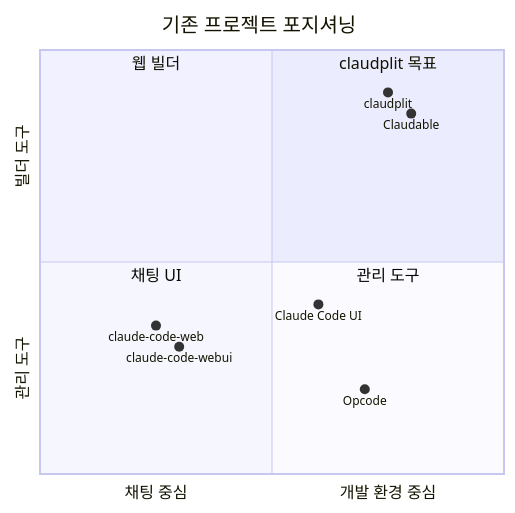
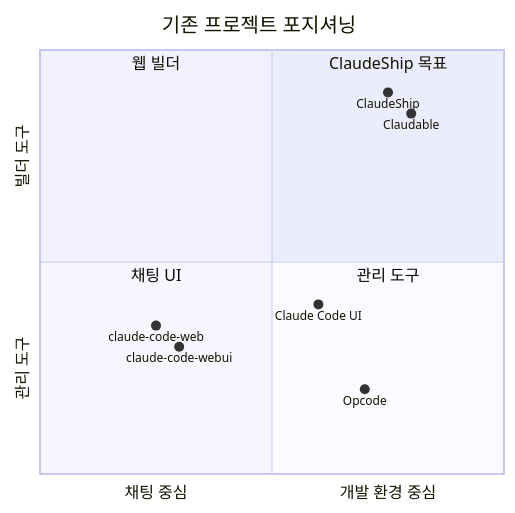
The second of 2 diagrams in design/001-research.md (Nicered/ClaudeShip), drawn with Mermaid before and after one commit. The commit also changed other lines of this file and 38 other files, not shown here.

````diff
--- a/design/001-research.md
+++ b/design/001-research.md
@@ -195,16 +195,16 @@
 ```mermaid
 quadrantChart
     title 기존 프로젝트 포지셔닝
     x-axis 채팅 중심 --> 개발 환경 중심
     y-axis 관리 도구 --> 빌더 도구
-    quadrant-1 claudplit 목표
+    quadrant-1 ClaudeShip 목표
     quadrant-2 웹 빌더
     quadrant-3 채팅 UI
     quadrant-4 관리 도구
     Claudable: [0.8, 0.85]
     "Claude Code UI": [0.6, 0.4]
     "claude-code-webui": [0.3, 0.3]
     "claude-code-web": [0.25, 0.35]
     Opcode: [0.7, 0.2]
-    claudplit: [0.75, 0.9]
+    ClaudeShip: [0.75, 0.9]
 ```
````
